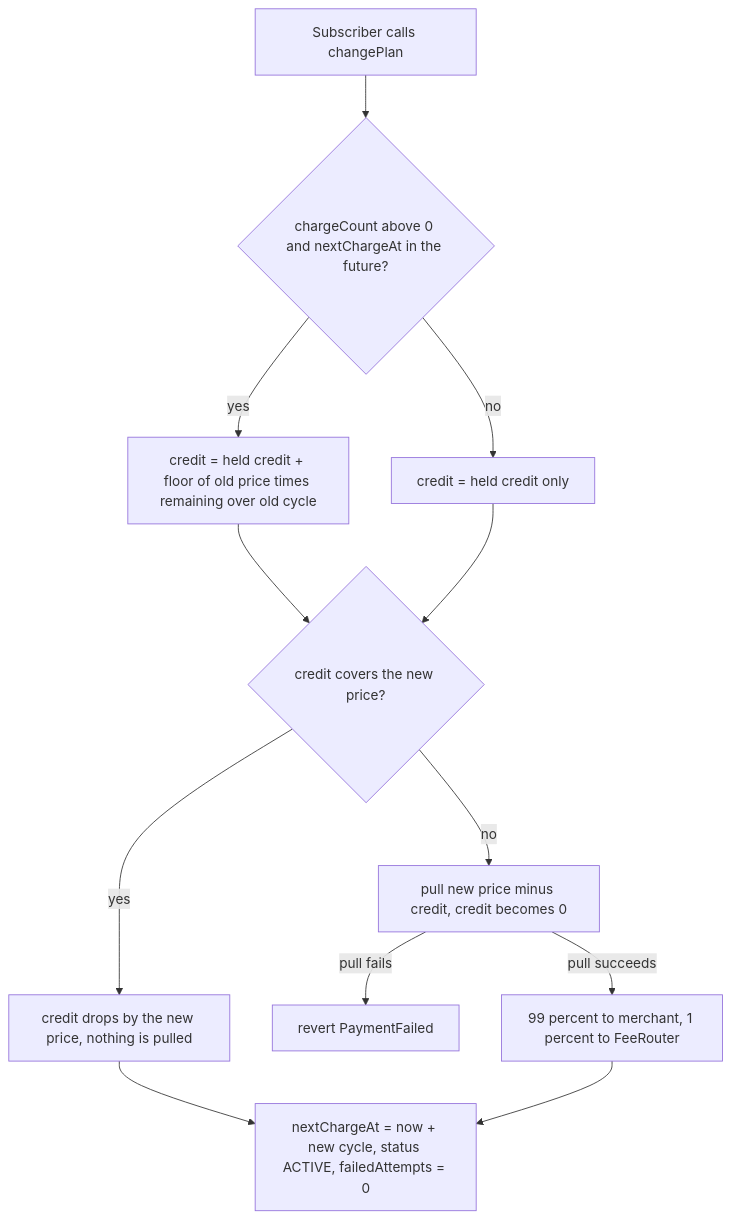
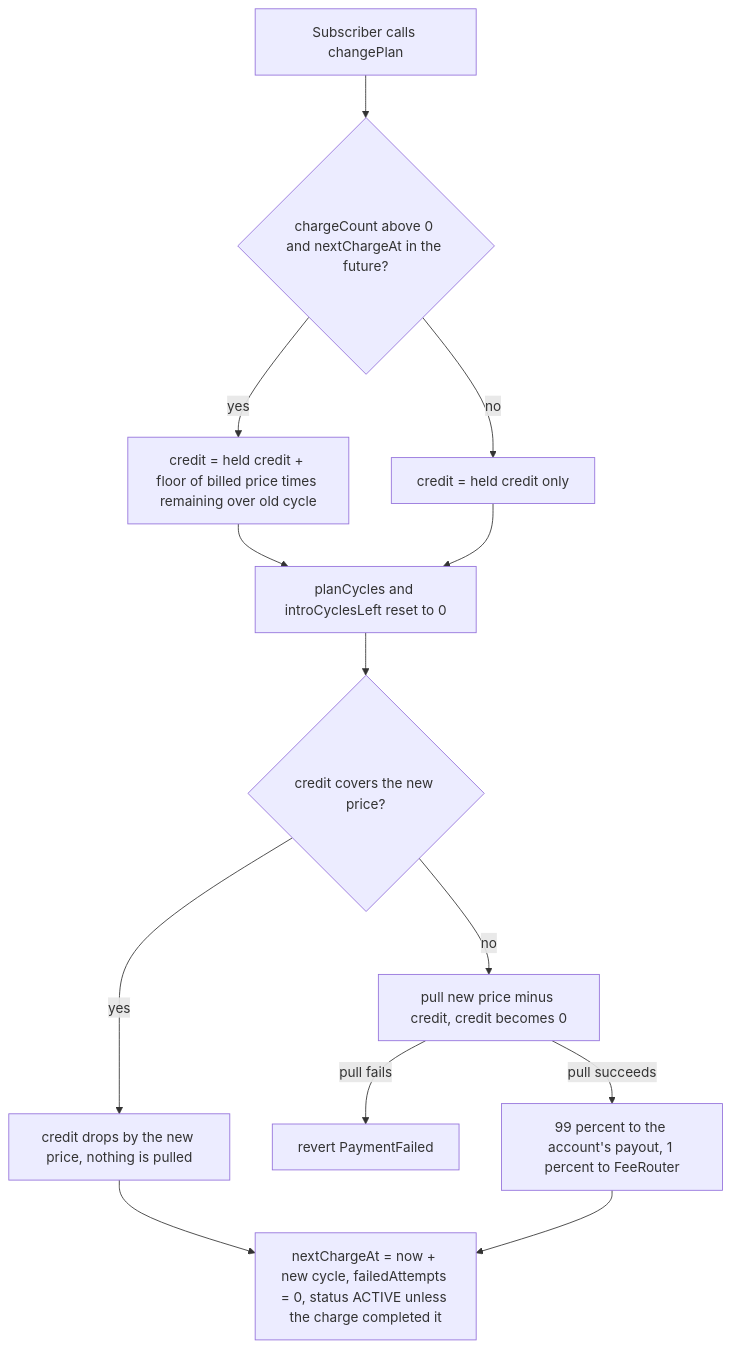
One commit to RunTimeAdmin/levy changed the diagram in docs/wiki/Plan-Changes-and-Proration.md. Above: the diagram before and after it, drawn with Mermaid. The commit also changed other lines of this file and 50 other files, not shown here.

````diff
--- a/docs/wiki/Plan-Changes-and-Proration.md
+++ b/docs/wiki/Plan-Changes-and-Proration.md
@@ -20,14 +21,15 @@
 ```mermaid
 flowchart TD
     A["Subscriber calls changePlan"] --> B{"chargeCount above 0 and nextChargeAt in the future?"}
-    B -->|"yes"| C["credit = held credit + floor of old price times remaining over old cycle"]
+    B -->|"yes"| C["credit = held credit + floor of billed price times remaining over old cycle"]
     B -->|"no"| D["credit = held credit only"]
-    C --> E{"credit covers the new price?"}
-    D --> E
+    C --> R["planCycles and introCyclesLeft reset to 0"]
+    D --> R
+    R --> E{"credit covers the new price?"}
     E -->|"yes"| F["credit drops by the new price, nothing is pulled"]
     E -->|"no"| G["pull new price minus credit, credit becomes 0"]
     G -->|"pull fails"| H["revert PaymentFailed"]
-    G -->|"pull succeeds"| I["99 percent to merchant, 1 percent to FeeRouter"]
-    F --> J["nextChargeAt = now + new cycle, status ACTIVE, failedAttempts = 0"]
+    G -->|"pull succeeds"| I["99 percent to the account's payout, 1 percent to FeeRouter"]
+    F --> J["nextChargeAt = now + new cycle, failedAttempts = 0, status ACTIVE unless the charge completed it"]
     I --> J
 ```
````
